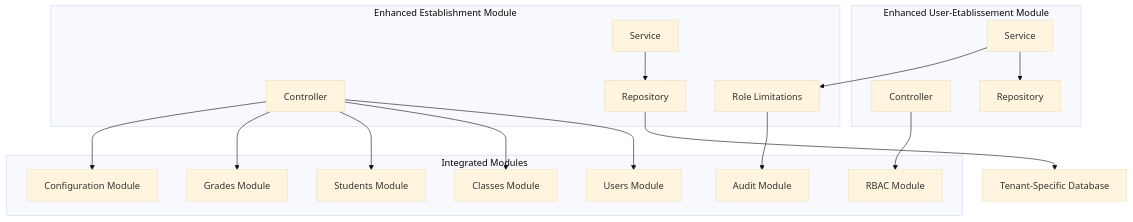
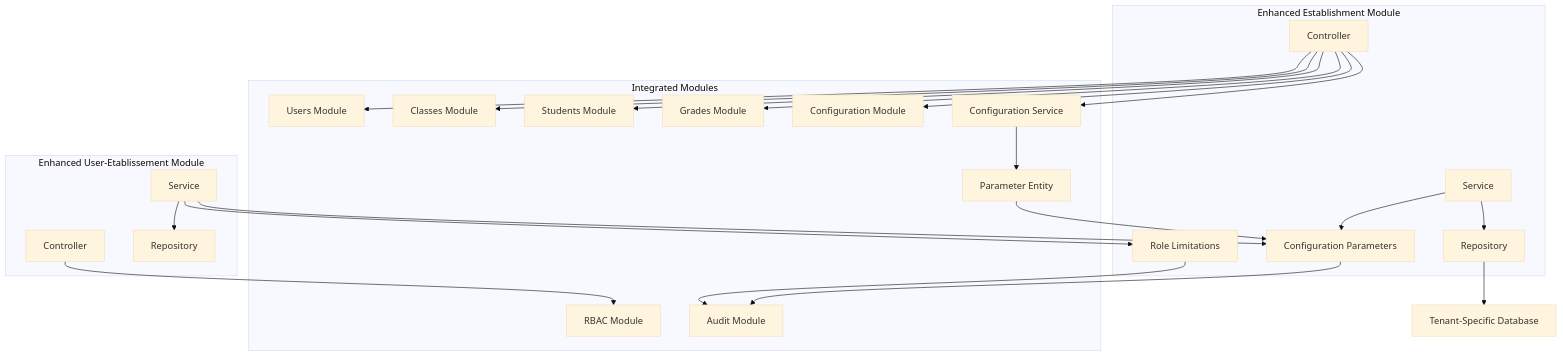
One commit to franckylab/eLISAschool changed diagram 18 of 19 in .qoder/repowiki/en/content/Modules & Features/Administrative Modules/Establishment Management.md. Above: the diagram before and after it, drawn with Mermaid (base theme). The commit also changed other lines of this file and 155 other files, not shown here.

````diff
--- a/.qoder/repowiki/en/content/Modules & Features/Administrative Modules/Establishment Management.md
+++ b/.qoder/repowiki/en/content/Modules & Features/Administrative Modules/Establishment Management.md
@@ -919,35 +1120,45 @@
 ```mermaid
 graph TB
 subgraph "Enhanced Establishment Module"
 Controller["Controller"]
 Service["Service"]
 Repository["Repository"]
 RoleLimitations["Role Limitations"]
+ConfigParams["Configuration Parameters"]
 end
 subgraph "Enhanced User-Etablissement Module"
 UEController["Controller"]
 UEService["Service"]
 UERepository["Repository"]
 RoleLimitations["Role Limitations"]
+ConfigParams["Configuration Parameters"]
 end
 subgraph "Integrated Modules"
 Users["Users Module"]
 Classes["Classes Module"]
 Students["Students Module"]
 Grades["Grades Module"]
 Configuration["Configuration Module"]
 RBAC["RBAC Module"]
 Audit["Audit Module"]
+ConfigService["Configuration Service"]
+ParamEntity["Parameter Entity"]
 end
 Controller --> Users
 Controller --> Classes
 Controller --> Students
 Controller --> Grades
 Controller --> Configuration
+Controller --> ConfigService
 UEController --> RBAC
 UEService --> UERepository
 UEService --> RoleLimitations
+UEService --> ConfigParams
 Service --> Repository
+Service --> ConfigParams
 Repository --> Database["Tenant-Specific Database"]
 RoleLimitations --> Audit
+ConfigParams --> Audit
+ConfigService --> ParamEntity
+ParamEntity --> ConfigParams
 ```
````
